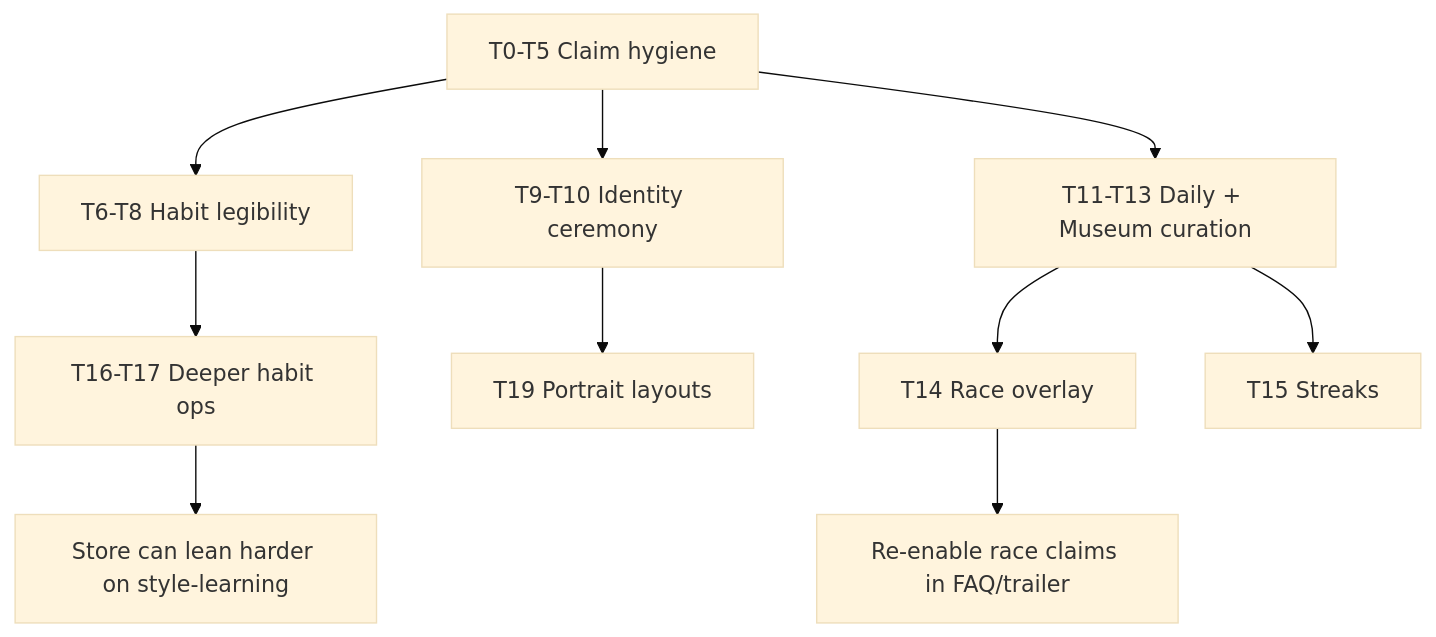
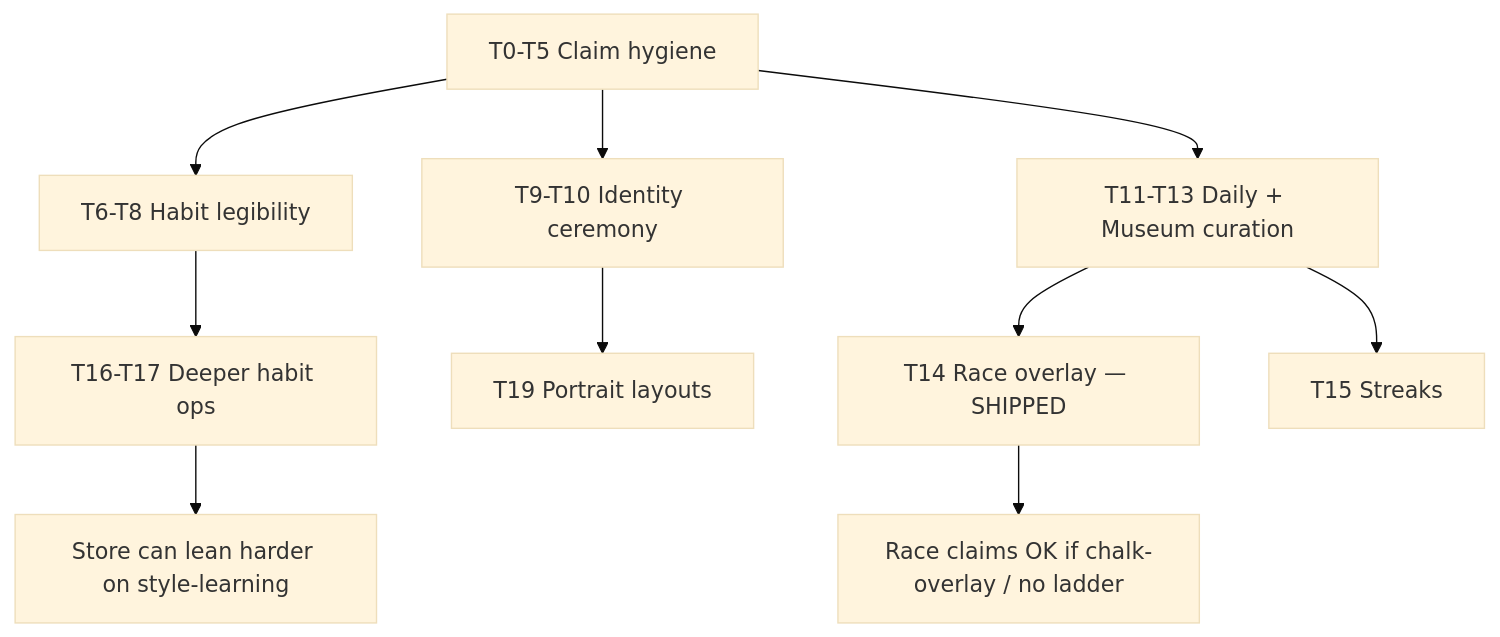
Before and after one commit to cmp07/Game-: the diagram in docs/VISION/SYSTEMS_TRUTH.md, drawn with Mermaid (base theme). The commit also changed other lines of this file and 19 other files, not shown here.

First line of the commit message:
feat(museum): Ghost of Past Self optional chalk race overlay (F01)

````diff
--- a/docs/VISION/SYSTEMS_TRUTH.md
+++ b/docs/VISION/SYSTEMS_TRUTH.md
@@ -198,12 +199,12 @@
 ```mermaid
 flowchart TD
   A[T0-T5 Claim hygiene] --> B[T6-T8 Habit legibility]
   A --> C[T9-T10 Identity ceremony]
   A --> D[T11-T13 Daily + Museum curation]
   B --> E[T16-T17 Deeper habit ops]
   C --> F[T19 Portrait layouts]
-  D --> G[T14 Race overlay]
+  D --> G[T14 Race overlay — SHIPPED]
   D --> H[T15 Streaks]
   E --> I[Store can lean harder on style-learning]
-  G --> J[Re-enable race claims in FAQ/trailer]
+  G --> J[Race claims OK if chalk-overlay / no ladder]
 ```
````
